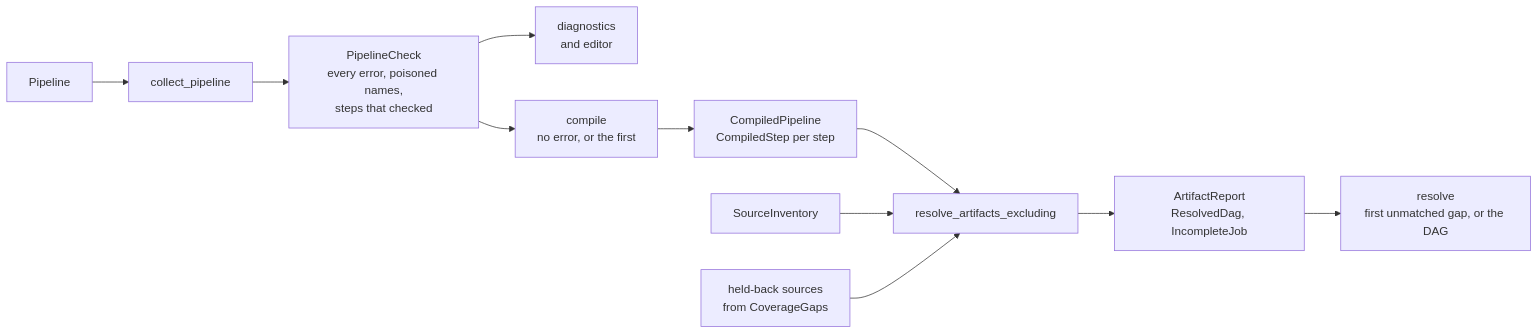
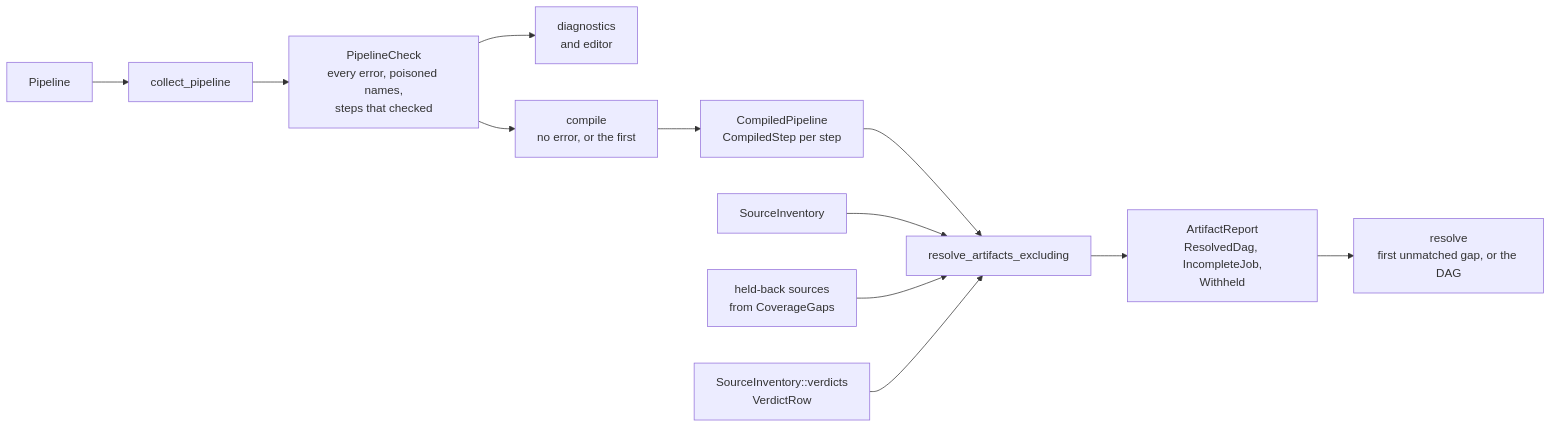
Before and after one commit to eclnz/spit: the diagram in docs/architecture/resolution.md, drawn with Mermaid. The commit also changed other lines of this file and 52 other files, not shown here.

````diff
--- a/docs/architecture/resolution.md
+++ b/docs/architecture/resolution.md
@@ -5,13 +5,14 @@
 ```mermaid
 flowchart LR
     pipeline["Pipeline"] --> check["collect_pipeline"]
     check --> report["PipelineCheck<br/>every error, poisoned names,<br/>steps that checked"]
     report --> diagnostics["diagnostics<br/>and editor"]
     report --> compile["compile<br/>no error, or the first"]
     compile --> compiled["CompiledPipeline<br/>CompiledStep per step"]
     compiled --> expand["resolve_artifacts_excluding"]
     inventory["SourceInventory"] --> expand
     held["held-back sources<br/>from CoverageGaps"] --> expand
-    expand --> artifacts["ArtifactReport<br/>ResolvedDag, IncompleteJob"]
+    verdicts["SourceInventory::verdicts<br/>VerdictRow"] --> expand
+    expand --> artifacts["ArtifactReport<br/>ResolvedDag, IncompleteJob,<br/>Withheld"]
     artifacts --> resolve["resolve<br/>first unmatched gap, or the DAG"]
 ```
````
